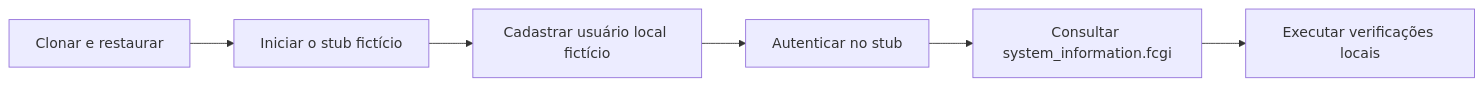
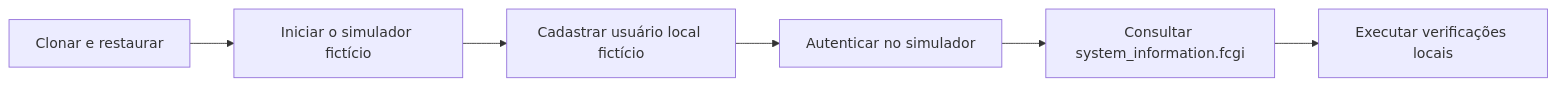
One commit to DanielCosta3415/integracao-controlid-poc changed the diagram in README.md. Above: the diagram before and after it, drawn with Mermaid. The commit also changed other lines of this file and 21 other files, not shown here.

````diff
--- a/README.md
+++ b/README.md
@@ -408,8 +441,8 @@
 ```mermaid
 flowchart LR
-    Clone["Clonar e restaurar"] --> Stub["Iniciar o stub fictício"]
+    Clone["Clonar e restaurar"] --> Stub["Iniciar o simulador fictício"]
     Stub --> LocalUser["Cadastrar usuário local fictício"]
-    LocalUser --> DeviceLogin["Autenticar no stub"]
+    LocalUser --> DeviceLogin["Autenticar no simulador"]
     DeviceLogin --> OfficialApi["Consultar system_information.fcgi"]
     OfficialApi --> Gates["Executar verificações locais"]
 ```
````
